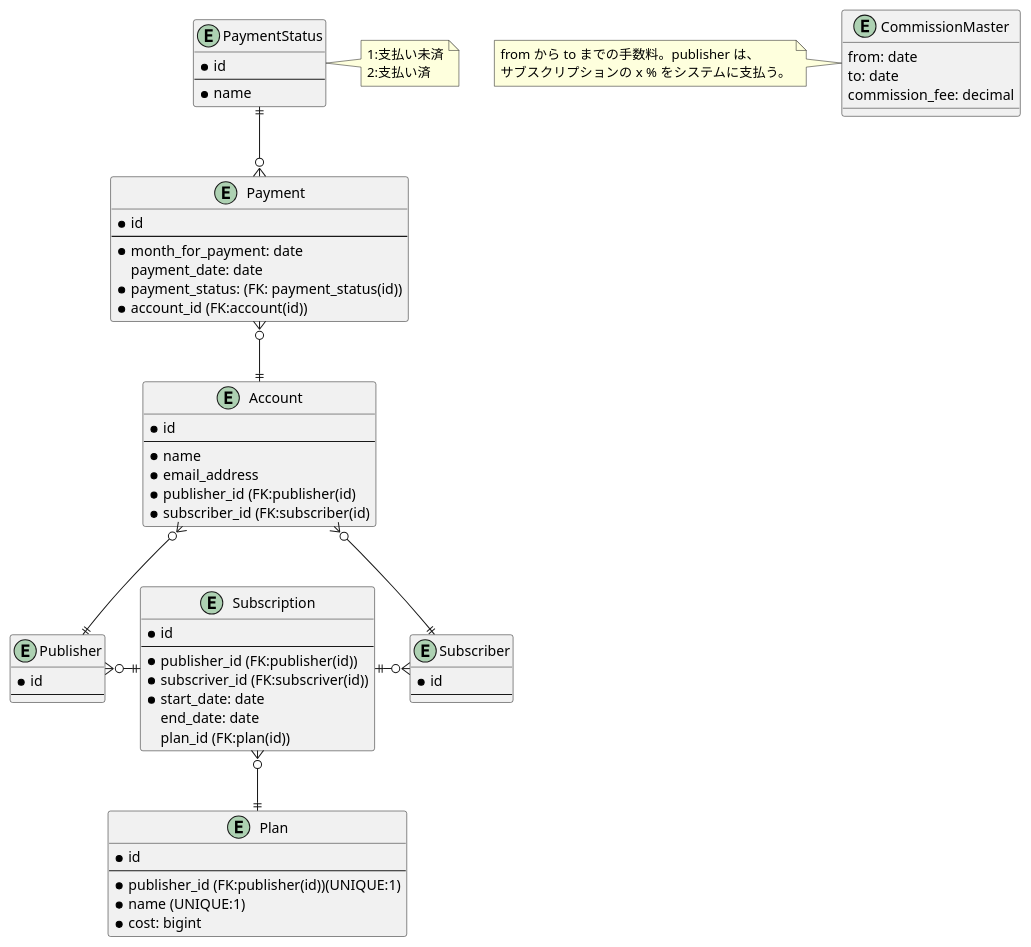
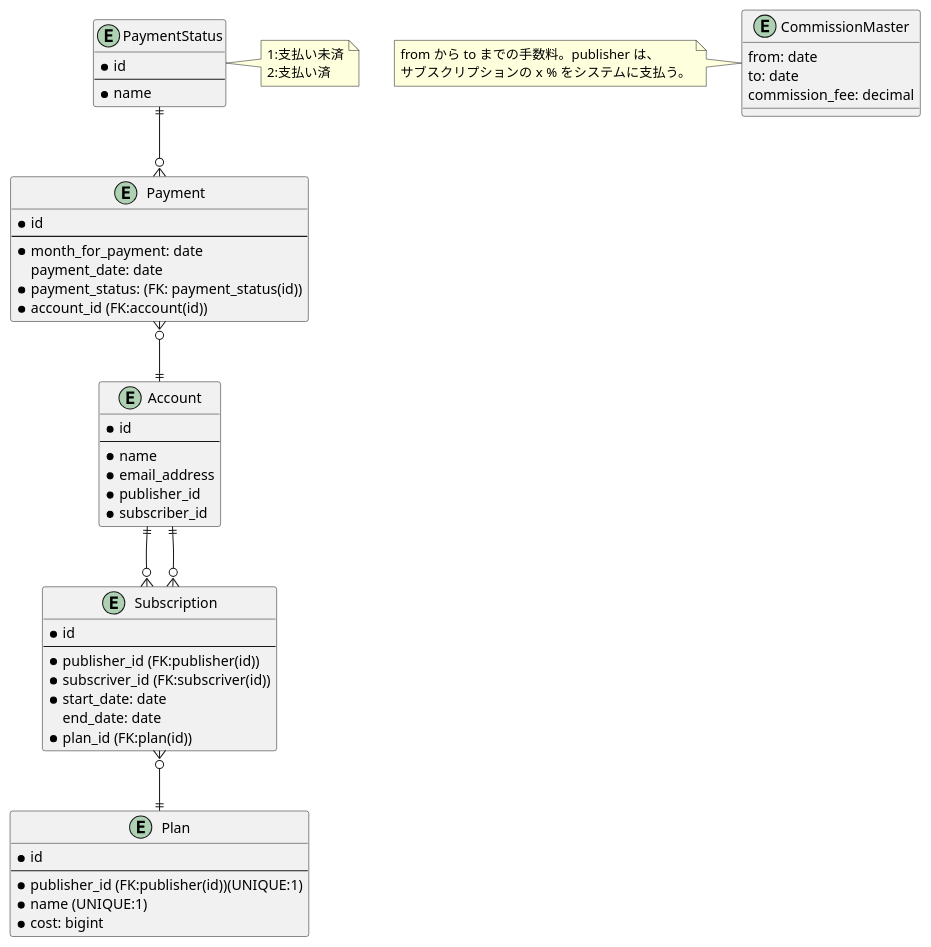
One commit to mikoto2000/SubscriptionManagementSystem changed the diagram in doc/diagram/ER.puml. Above: the diagram before and after it, drawn with PlantUML. The commit also changed 1 other file, not shown here.

Commit message:
Updated diagrams.

```diff
--- a/doc/diagram/ER.puml
+++ b/doc/diagram/ER.puml
@@ -1,75 +1,62 @@
 @startuml
-
-entity Publisher {
-  *id
-  --
-}
-
-entity Subscriber {
-  * id
-  --
-}
 
 entity Subscription {
   * id
   --
   * publisher_id (FK:publisher(id))
   * subscriver_id (FK:subscriver(id))
   * start_date: date
     end_date: date
-    plan_id (FK:plan(id))
+  * plan_id (FK:plan(id))
 }
 
 entity Plan {
   * id
   --
   * publisher_id (FK:publisher(id))(UNIQUE:1)
   * name (UNIQUE:1)
   * cost: bigint
 }
 
 entity Payment {
   * id
   --
   * month_for_payment: date
     payment_date: date
   * payment_status: (FK: payment_status(id))
   * account_id (FK:account(id))
 }
 
 entity Account {
   * id
   --
   * name
   * email_address
-  * publisher_id (FK:publisher(id)
-  * subscriber_id (FK:subscriber(id)
+  * publisher_id
+  * subscriber_id
 }
 
 entity PaymentStatus {
   * id
   --
   * name
 }
 
 note right: 1:支払い未済\n2:支払い済
 
 entity CommissionMaster {
   from: date
   to: date
   commission_fee: decimal
 }
 
 note left: from から to までの手数料。publisher は、\nサブスクリプションの x % をシステムに支払う。
 
-Publisher }o-|| Subscription
-Subscription ||-o{ Subscriber
+Subscription }o--|| Account
+Account ||--o{ Subscription
 Subscription }o--|| Plan
 PaymentStatus ||--o{ Payment
-
-Account }o--|| Publisher
-Account }o--|| Subscriber
 
 Payment }o--|| Account
 
 @enduml
```
